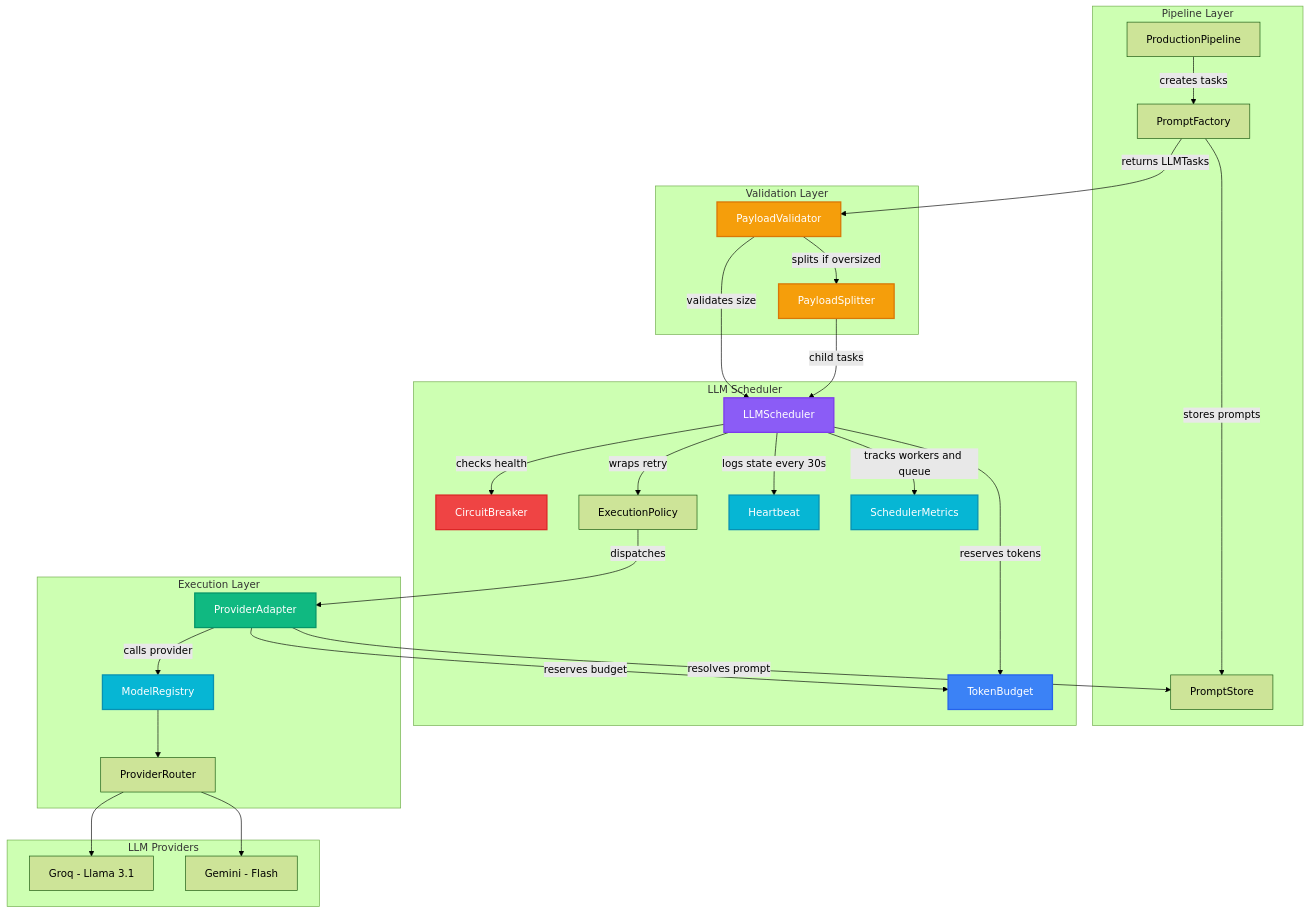
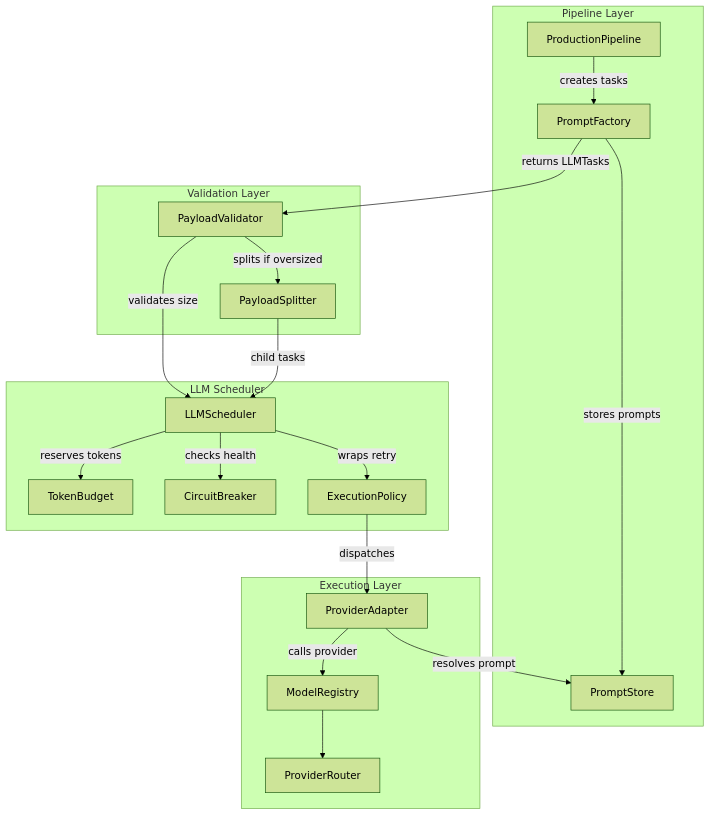
Before and after one commit to samm329-ui/Trimora_v2: the seventh of 16 diagrams in README.md, drawn with Mermaid (forest theme). The commit also changed other lines of this file, not shown here.

Commit message:
docs: update README with Deterministic Story Composer documentation and Mermaid diagrams

````diff
--- a/README.md
+++ b/README.md
@@ -496,62 +441,40 @@
 ```mermaid
 flowchart TB
-    subgraph Input["Pipeline Layer"]
+    subgraph Pipeline["Pipeline Layer"]
         PL["ProductionPipeline"]
         PF["PromptFactory"]
         PS2["PromptStore"]
     end
 
     subgraph Validation["Validation Layer"]
         PV["PayloadValidator"]
         SPL["PayloadSplitter"]
     end
 
     subgraph Scheduler["LLM Scheduler"]
         LS["LLMScheduler"]
         TB2["TokenBudget"]
         CB["CircuitBreaker"]
         EP["ExecutionPolicy"]
-        HC["Heartbeat"]
-        MT["SchedulerMetrics"]
     end
 
     subgraph Execution["Execution Layer"]
         PA["ProviderAdapter"]
         MR["ModelRegistry"]
         PR["ProviderRouter"]
-    end
-
-    subgraph Providers["LLM Providers"]
-        GROQ3["Groq - Llama 3.1"]
-        GEMI["Gemini - Flash"]
     end
 
     PL -->|"creates tasks"| PF
     PF -->|"stores prompts"| PS2
     PF -->|"returns LLMTasks"| PV
     PV -->|"validates size"| LS
     PV -->|"splits if oversized"| SPL
     SPL -->|"child tasks"| LS
     LS -->|"reserves tokens"| TB2
     LS -->|"checks health"| CB
     LS -->|"wraps retry"| EP
-    LS -->|"logs state every 30s"| HC
-    LS -->|"tracks workers and queue"| MT
     EP -->|"dispatches"| PA
     PA -->|"resolves prompt"| PS2
-    PA -->|"reserves budget"| TB2
     PA -->|"calls provider"| MR
     MR --> PR
-    PR --> GROQ3
-    PR --> GEMI
-
-    style LS fill:#8b5cf6,color:#fff,stroke:#7c3aed,stroke-width:2px
-    style TB2 fill:#3b82f6,color:#fff,stroke:#2563eb,stroke-width:2px
-    style CB fill:#ef4444,color:#fff,stroke:#dc2626,stroke-width:2px
-    style PV fill:#f59e0b,color:#fff,stroke:#d97706,stroke-width:2px
-    style SPL fill:#f59e0b,color:#fff,stroke:#d97706,stroke-width:2px
-    style PA fill:#10b981,color:#fff,stroke:#059669,stroke-width:2px
-    style MR fill:#06b6d4,color:#fff,stroke:#0891b2,stroke-width:2px
-    style HC fill:#06b6d4,color:#fff,stroke:#0891b2,stroke-width:2px
-    style MT fill:#06b6d4,color:#fff,stroke:#0891b2,stroke-width:2px
 ```
````
